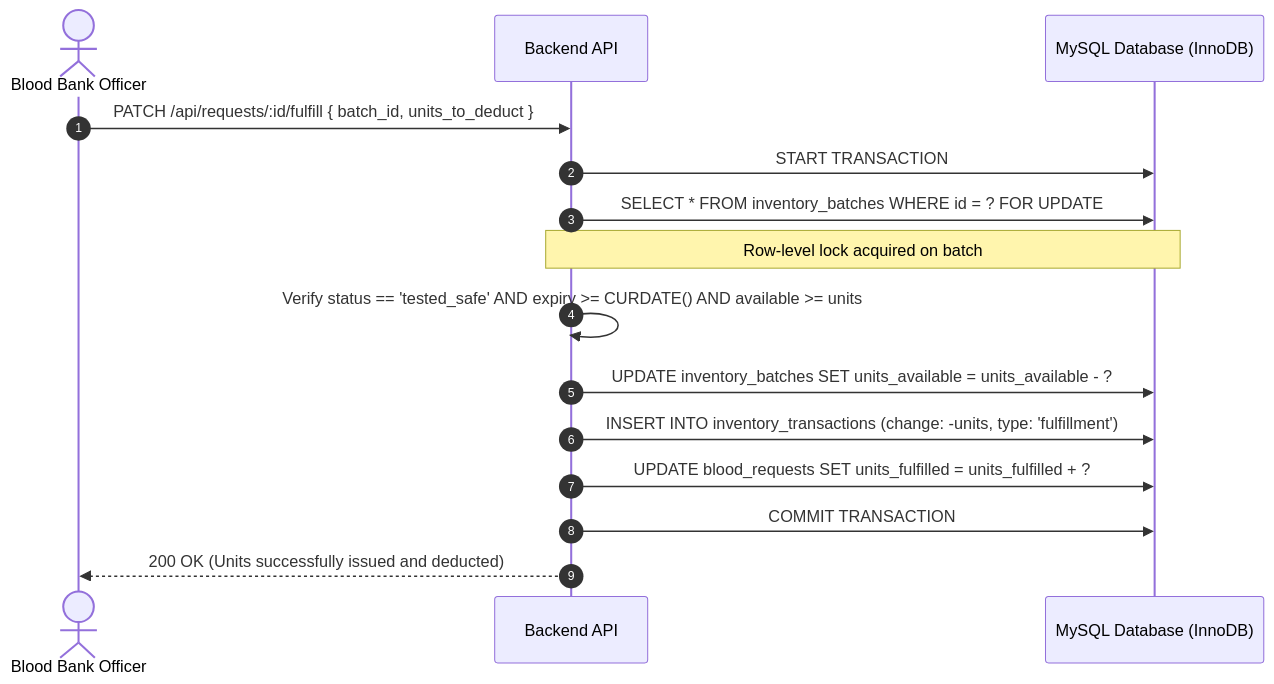
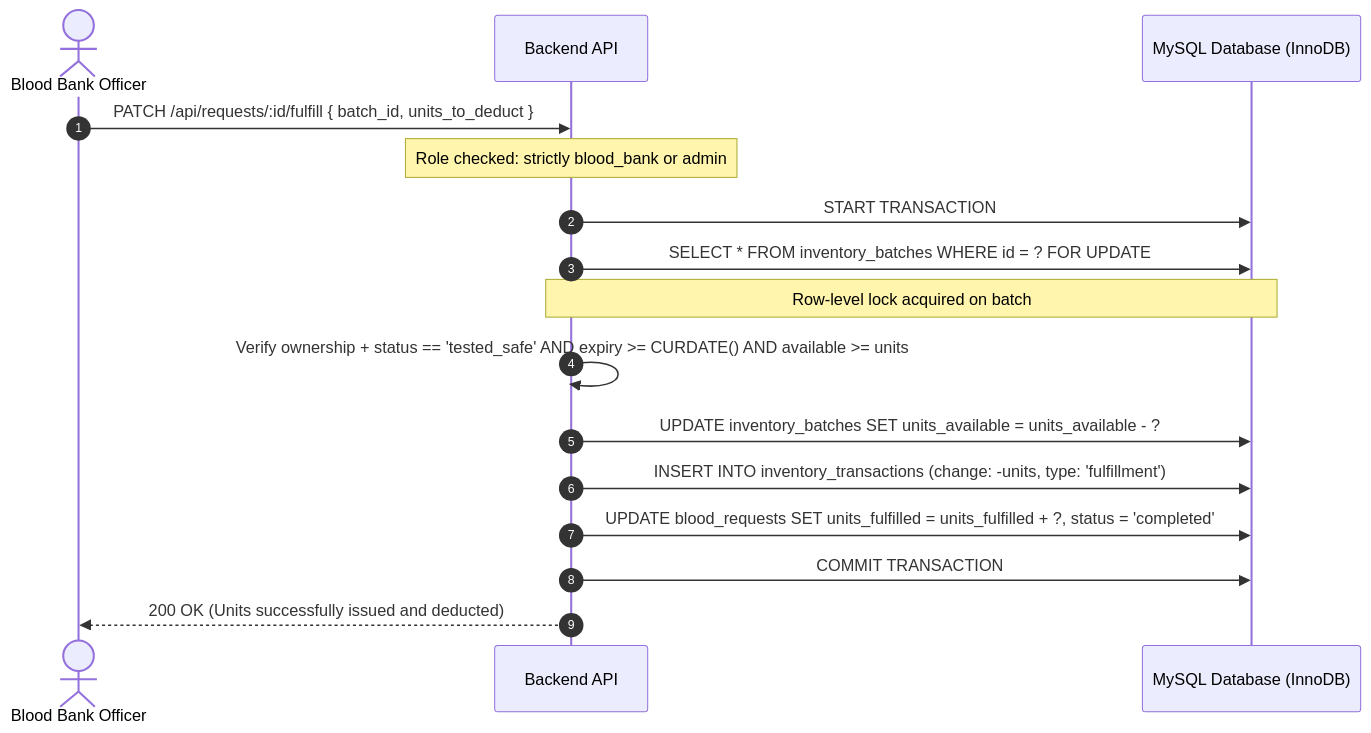
One commit to SHARANNNNN69/CELLS changed the fifth of 5 diagrams in docs/DFD_AND_WORKFLOWS.md. Above: the diagram before and after it, drawn with Mermaid. The commit also changed other lines of this file and 19 other files, not shown here.

````diff
--- a/docs/DFD_AND_WORKFLOWS.md
+++ b/docs/DFD_AND_WORKFLOWS.md
@@ -53,18 +102,19 @@
 ```mermaid
 sequenceDiagram
     autonumber
     actor B as Blood Bank Officer
     participant Server as Backend API
     participant DB as MySQL Database (InnoDB)
 
     B->>Server: PATCH /api/requests/:id/fulfill { batch_id, units_to_deduct }
+    Note over Server: Role checked: strictly blood_bank or admin
     Server->>DB: START TRANSACTION
     Server->>DB: SELECT * FROM inventory_batches WHERE id = ? FOR UPDATE
     Note over Server,DB: Row-level lock acquired on batch
-    Server->>Server: Verify status == 'tested_safe' AND expiry >= CURDATE() AND available >= units
+    Server->>Server: Verify ownership + status == 'tested_safe' AND expiry >= CURDATE() AND available >= units
     Server->>DB: UPDATE inventory_batches SET units_available = units_available - ?
     Server->>DB: INSERT INTO inventory_transactions (change: -units, type: 'fulfillment')
-    Server->>DB: UPDATE blood_requests SET units_fulfilled = units_fulfilled + ?
+    Server->>DB: UPDATE blood_requests SET units_fulfilled = units_fulfilled + ?, status = 'completed'
     Server->>DB: COMMIT TRANSACTION
     Server-->>B: 200 OK (Units successfully issued and deducted)
 ```
````
